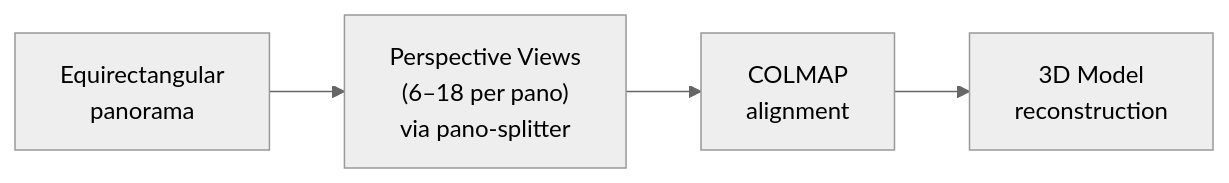
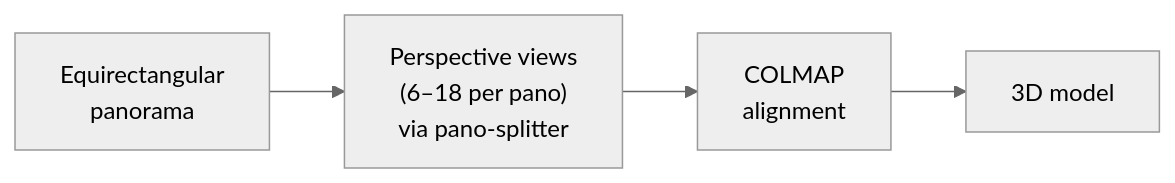
Before and after one commit to yz3440/how-to-use-panorama-in-almost-anything: the second of 2 diagrams in 01-3d-scanning/README.md, drawn with Mermaid (neutral theme). The commit also changed other lines of this file and 1 other file, not shown here.

````diff
--- a/01-3d-scanning/README.md
+++ b/01-3d-scanning/README.md
@@ -35,4 +92,4 @@
 ```mermaid
 graph LR
-    A["Equirectangular<br/>panorama"] --> B["Perspective Views<br/>(6–18 per pano)<br/>via pano-splitter"] --> C["COLMAP<br/>alignment"] --> D["3D Model<br/>reconstruction"]
+    A["Equirectangular<br/>panorama"] --> B["Perspective views<br/>(6–18 per pano)<br/>via pano-splitter"] --> C["COLMAP<br/>alignment"] --> D["3D model"]
 ```
````
